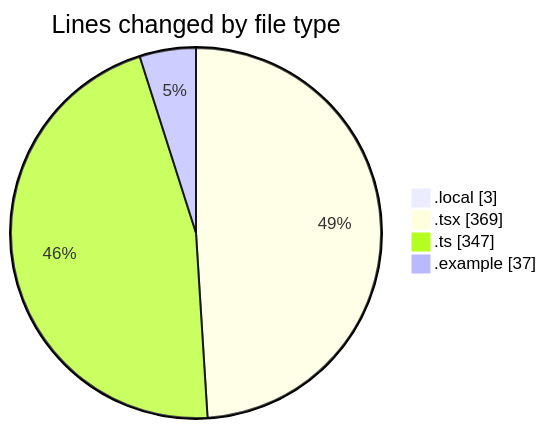
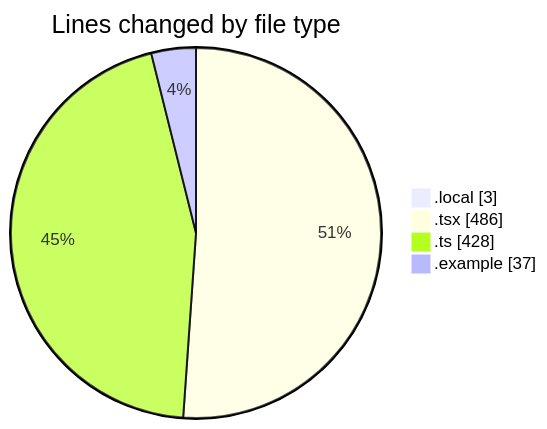
One commit to julien-gomy/code-tracking changed the first of 2 diagrams in 2025-11-20/eventscop-frontend-guide__workspace_/README.md. Above: the diagram before and after it, drawn with Mermaid. The commit also changed other lines of this file and 1 other file, not shown here.

````diff
--- a/2025-11-20/eventscop-frontend-guide__workspace_/README.md
+++ b/2025-11-20/eventscop-frontend-guide__workspace_/README.md
@@ -33,8 +35,8 @@
 ```mermaid
 pie showData
 title Lines changed by file type
 ".local" : 3
-".tsx" : 369
-".ts" : 347
+".tsx" : 486
+".ts" : 428
 ".example" : 37
 ```
````
